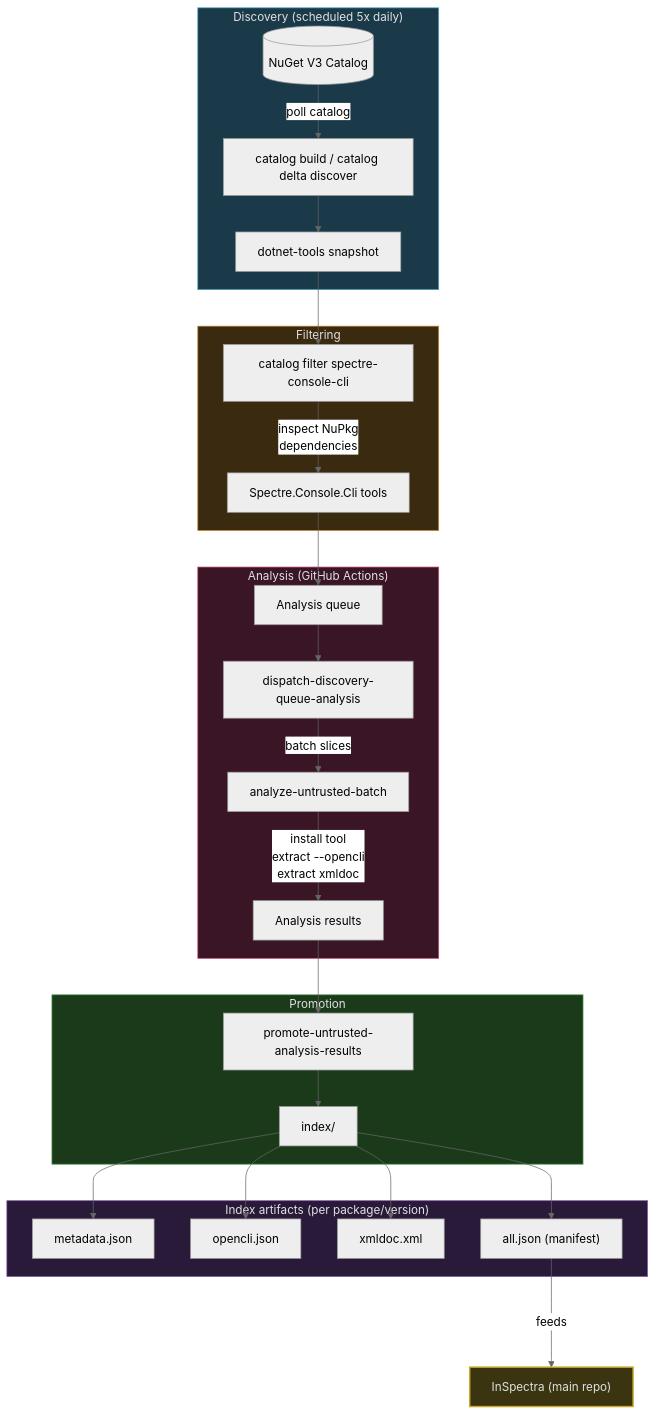
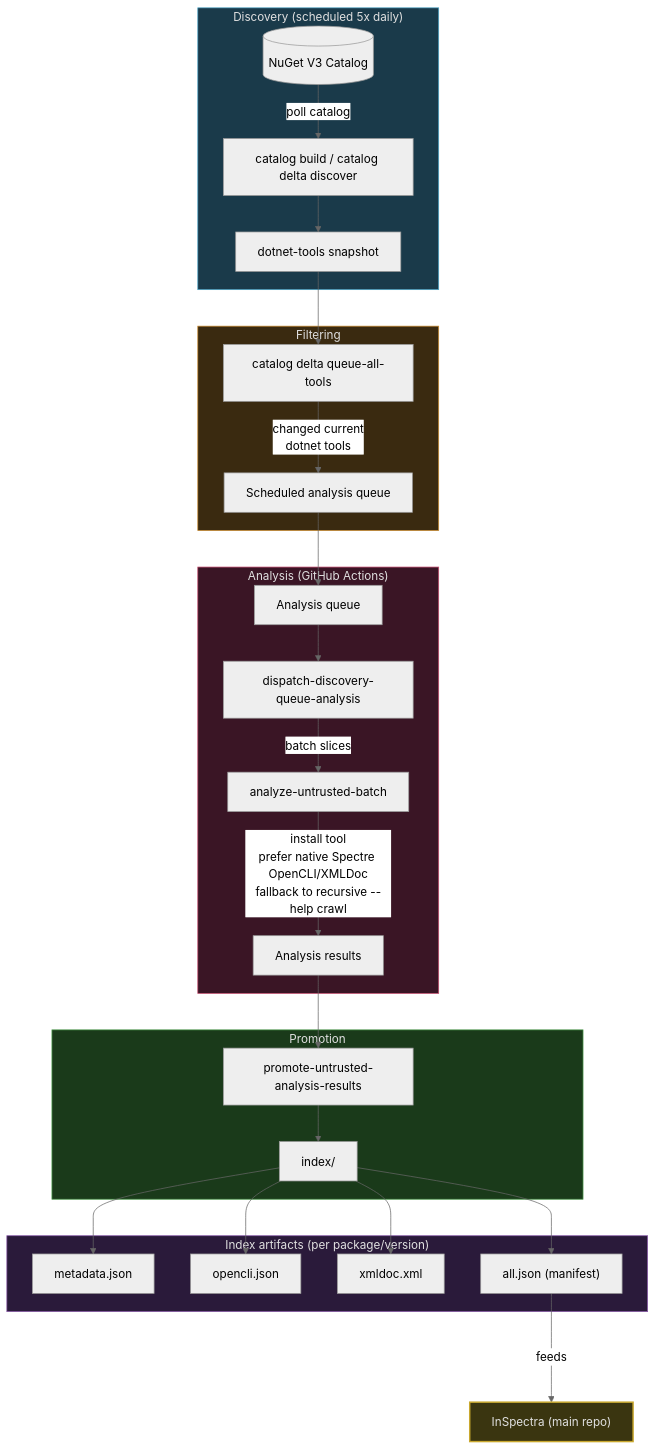
The diagram in README.md (JKamsker/InSpectra-Discovery), drawn with Mermaid (neutral theme) before and after one commit. The commit also changed other lines of this file and 3 other files, not shown here.

Commit message:
Run scheduled discovery through mixed-mode analysis

````diff
--- a/README.md
+++ b/README.md
@@ -18,45 +18,45 @@
 ```mermaid
 flowchart TD
     subgraph Discovery["Discovery (scheduled 5x daily)"]
         NuGet[(NuGet V3 Catalog)]
         Tool["catalog build / catalog delta discover"]
         NuGet -->|poll catalog| Tool
         Tool --> Snapshot["dotnet-tools snapshot"]
     end
 
     subgraph Filtering
-        Snapshot --> Filter["catalog filter spectre-console-cli"]
-        Filter -->|"inspect NuPkg
-dependencies"| Filtered["Spectre.Console.Cli tools"]
+        Snapshot --> Filter["catalog delta queue-all-tools"]
+        Filter -->|"changed current
+dotnet tools"| Filtered["Scheduled analysis queue"]
     end
 
     subgraph Analysis["Analysis (GitHub Actions)"]
         Filtered --> Queue["Analysis queue"]
         Queue --> Dispatch["dispatch-discovery-queue-analysis"]
         Dispatch -->|batch slices| Analyze["analyze-untrusted-batch"]
         Analyze -->|"install tool
-extract --opencli
-extract xmldoc"| Results["Analysis results"]
+prefer native Spectre OpenCLI/XMLDoc
+fallback to recursive --help crawl"| Results["Analysis results"]
     end
 
     subgraph Promotion
         Results --> Promote["promote-untrusted-analysis-results"]
         Promote --> Index["index/"]
     end
 
     subgraph Artifacts["Index artifacts (per package/version)"]
         Index --> metadata.json
         Index --> opencli.json
         Index --> xmldoc.xml
         Index --> all.json["all.json (manifest)"]
     end
 
     all.json --->|feeds| InSpectra["InSpectra (main repo)"]
 
     style Discovery fill:#1a3a4a,stroke:#4aa3c5,color:#e0e0e0
     style Filtering fill:#3a2a10,stroke:#c98a2e,color:#e0e0e0
     style Analysis fill:#3a1525,stroke:#c44a6c,color:#e0e0e0
     style Promotion fill:#1a3a1a,stroke:#4a9a4a,color:#e0e0e0
     style Artifacts fill:#2a1a3a,stroke:#8a5aaa,color:#e0e0e0
     style InSpectra fill:#3a3510,stroke:#c9a82e,color:#e0e0e0,stroke-width:2px
 ```
````
